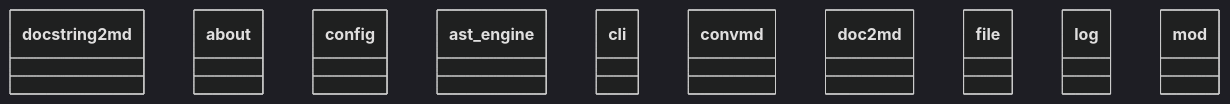
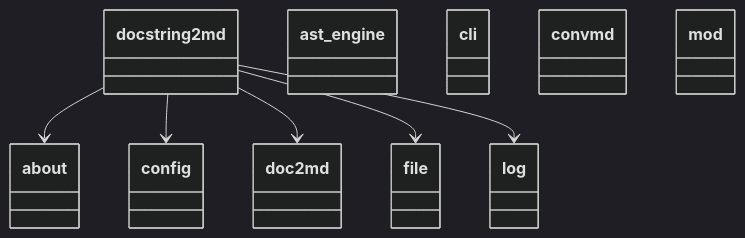
One commit to francois-le-ko4la/docstring-to-markdown changed the diagram in doc/packages_docstring2md.mmd. Above: the diagram before and after it, drawn with Mermaid (dark theme). The commit also changed 24 other files, not shown here.

```diff
--- a/doc/packages_docstring2md.mmd
+++ b/doc/packages_docstring2md.mmd
@@ -1,21 +1,26 @@
 classDiagram
   class docstring2md {
   }
   class __about__ {
   }
   class __config__ {
   }
   class ast_engine {
   }
   class cli {
   }
   class convmd {
   }
   class doc2md {
   }
   class file {
   }
   class log {
   }
   class mod {
   }
+  docstring2md --> __about__
+  docstring2md --> __config__
+  docstring2md --> doc2md
+  docstring2md --> file
+  docstring2md --> log
```
